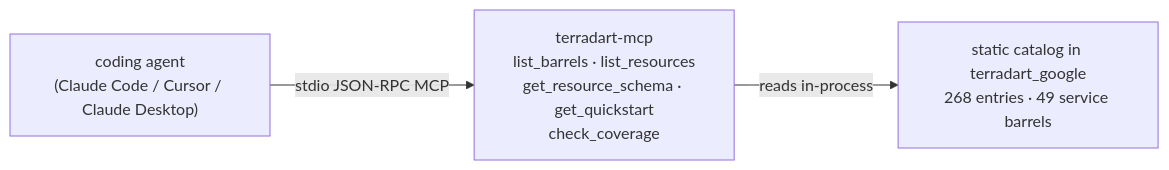
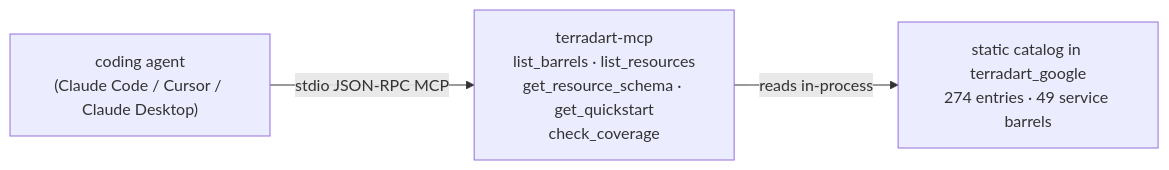
One commit to nozomi-koborinai/terradart changed the diagram in website/src/content/docs/docs/agent/index.md. Above: the diagram before and after it, drawn with Mermaid. The commit also changed other lines of this file and 25 other files, not shown here.

First line of the commit message:
feat(google): curate Dataplex Universal Catalog wave (6 factories)

````diff
--- a/website/src/content/docs/docs/agent/index.md
+++ b/website/src/content/docs/docs/agent/index.md
@@ -12,8 +12,8 @@
 ```mermaid
 graph LR
   agent["coding agent<br/>(Claude Code / Cursor / Claude Desktop)"]
   mcp["terradart-mcp<br/>list_barrels · list_resources<br/>get_resource_schema · get_quickstart<br/>check_coverage"]
-  catalog["static catalog in terradart_google<br/>268 entries · 49 service barrels"]
+  catalog["static catalog in terradart_google<br/>274 entries · 49 service barrels"]
   agent -->|stdio JSON-RPC MCP| mcp
   mcp -->|reads in-process| catalog
 ```
````
